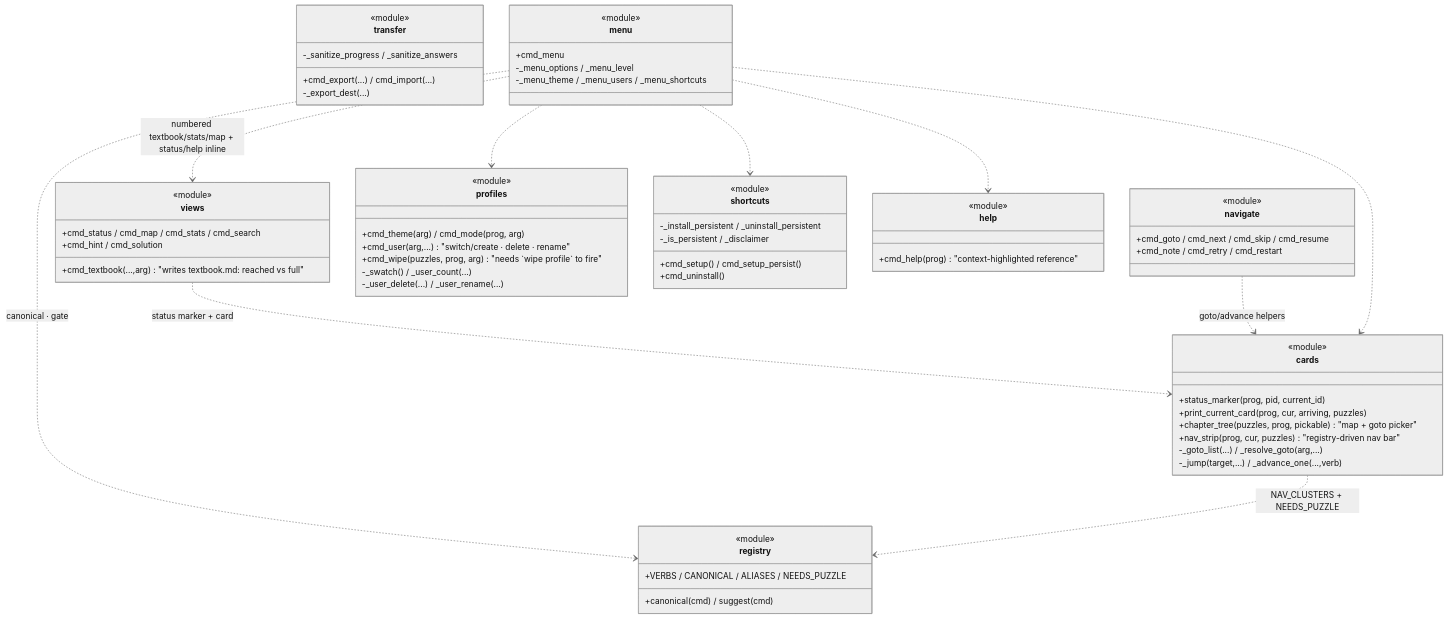
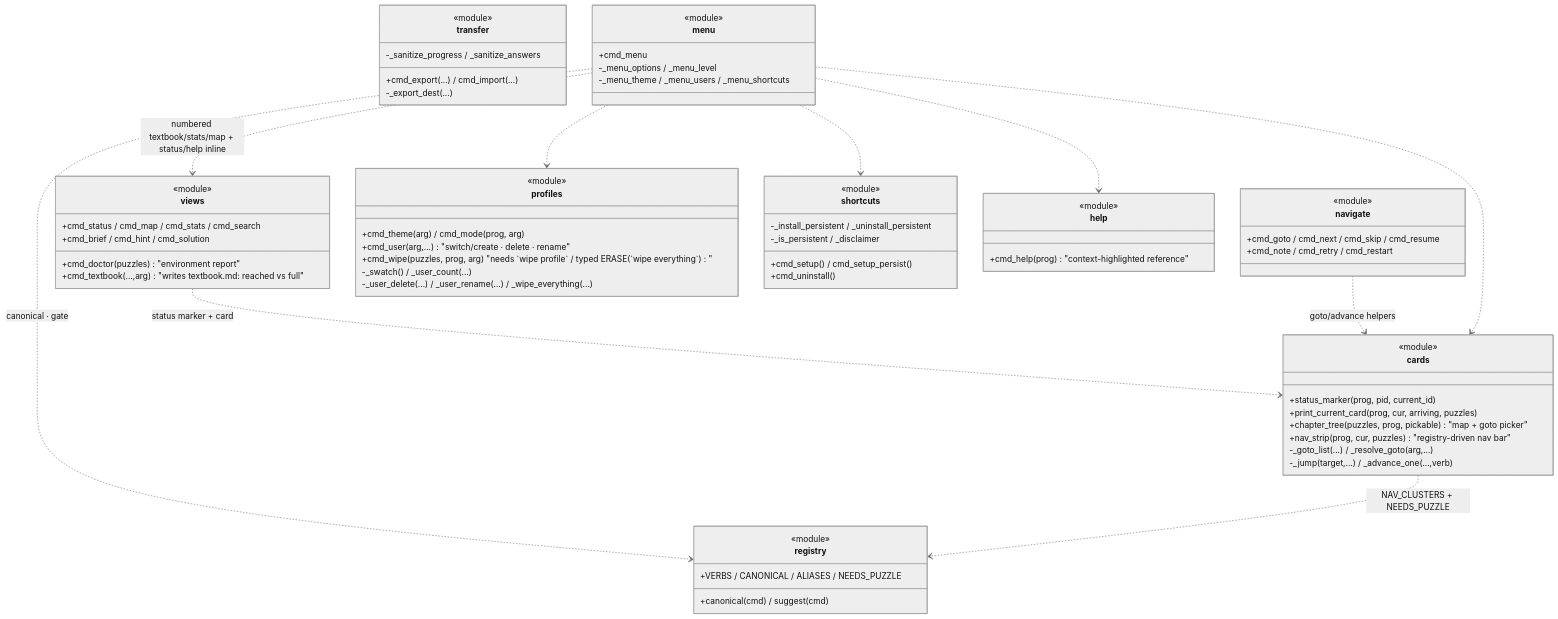
One commit to N041M/PyQuest changed the second of 4 diagrams in docs/diagrams/commands.md. Above: the diagram before and after it, drawn with Mermaid (neutral theme). The commit also changed other lines of this file and 23 other files, not shown here.

````diff
--- a/docs/diagrams/commands.md
+++ b/docs/diagrams/commands.md
@@ -51,68 +51,69 @@
 ```mermaid
 classDiagram
     class registry {
         <<module>>
         +VERBS / CANONICAL / ALIASES / NEEDS_PUZZLE
         +canonical(cmd) / suggest(cmd)
     }
     class cards {
         <<module>>
         +status_marker(prog, pid, current_id)
         +print_current_card(prog, cur, arriving, puzzles)
         +chapter_tree(puzzles, prog, pickable)  "map + goto picker"
         +nav_strip(prog, cur, puzzles)  "registry-driven nav bar"
         -_goto_list(...) / _resolve_goto(arg,...)
         -_jump(target,...) / _advance_one(...,verb)
     }
     class views {
         <<module>>
         +cmd_status / cmd_map / cmd_stats / cmd_search
-        +cmd_hint / cmd_solution
+        +cmd_brief / cmd_hint / cmd_solution
+        +cmd_doctor(puzzles)  "environment report"
         +cmd_textbook(...,arg)  "writes textbook.md: reached vs full"
     }
     class navigate {
         <<module>>
         +cmd_goto / cmd_next / cmd_skip / cmd_resume
         +cmd_note / cmd_retry / cmd_restart
     }
     class profiles {
         <<module>>
         +cmd_theme(arg) / cmd_mode(prog, arg)
         +cmd_user(arg,...)  "switch/create · delete · rename"
-        +cmd_wipe(puzzles, prog, arg)  "needs `wipe profile` to fire"
+        +cmd_wipe(puzzles, prog, arg)  "needs `wipe profile` / typed ERASE (`wipe everything`)"
         -_swatch() / _user_count(...)
-        -_user_delete(...) / _user_rename(...)
+        -_user_delete(...) / _user_rename(...) / _wipe_everything(...)
     }
     class transfer {
         <<module>>
         +cmd_export(...) / cmd_import(...)
         -_export_dest(...)
         -_sanitize_progress / _sanitize_answers
     }
     class shortcuts {
         <<module>>
         +cmd_setup() / cmd_setup_persist()
         +cmd_uninstall()
         -_install_persistent / _uninstall_persistent
         -_is_persistent / _disclaimer
     }
     class menu {
         <<module>>
         +cmd_menu
         -_menu_options / _menu_level
         -_menu_theme / _menu_users / _menu_shortcuts
     }
     class help {
         <<module>>
         +cmd_help(prog)  "context-highlighted reference"
     }
     views ..> cards : status marker + card
     navigate ..> cards : goto/advance helpers
     menu ..> cards
     menu ..> profiles
     menu ..> shortcuts
     menu ..> views : numbered textbook/stats/map + status/help inline
     menu ..> help
     menu ..> registry : canonical · gate
     cards ..> registry : NAV_CLUSTERS + NEEDS_PUZZLE
 ```
````
